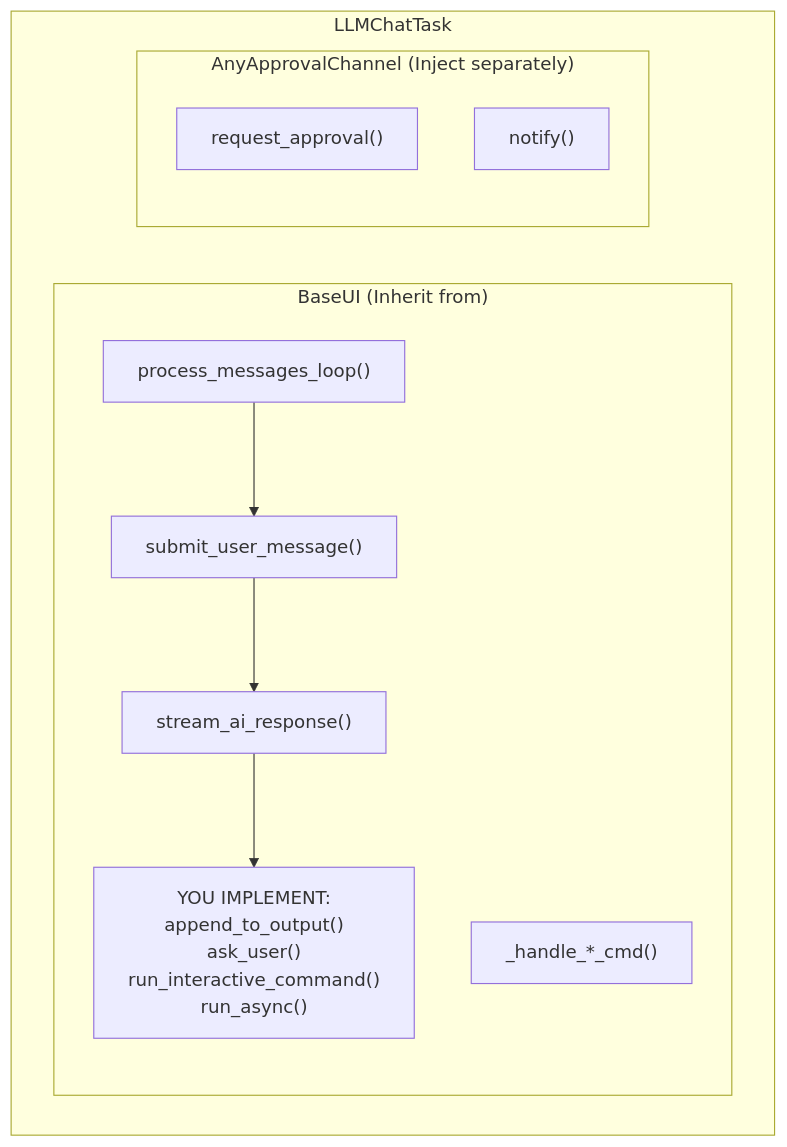
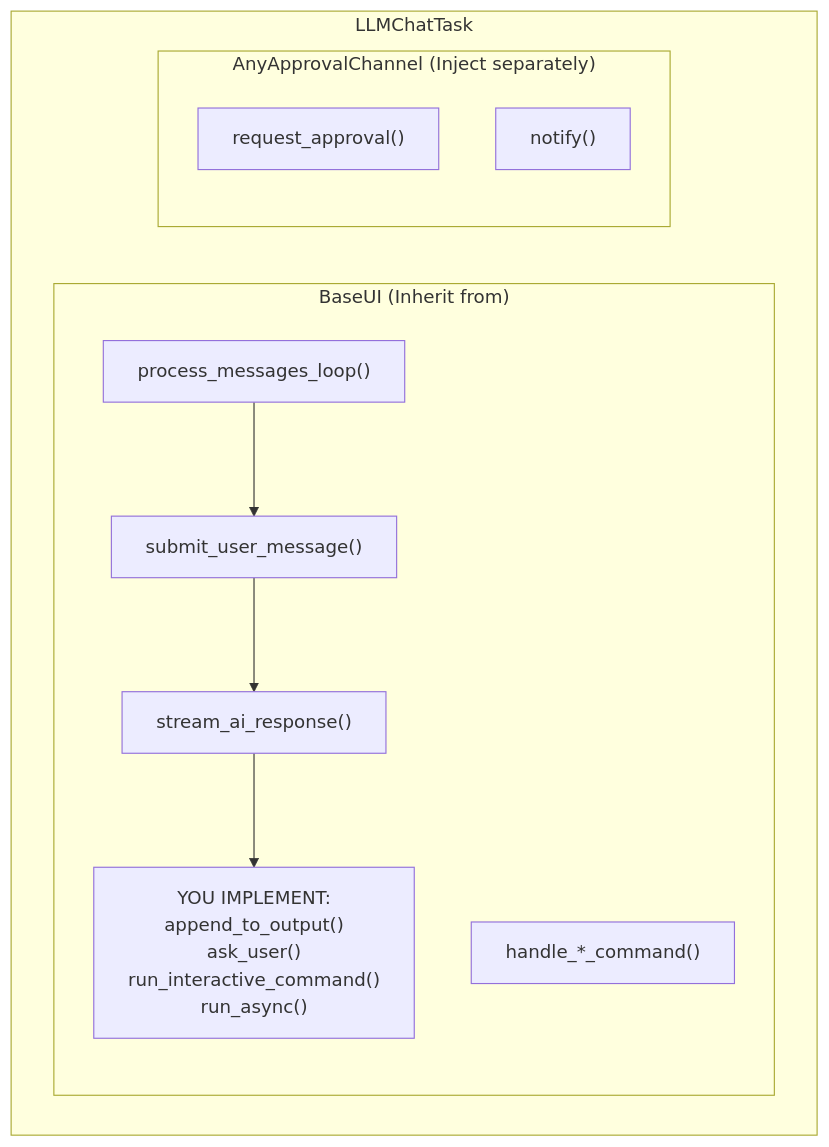
The third of 3 diagrams in docs/llm/llm-custom-ui.md (state-alchemists/zrb), drawn with Mermaid before and after one commit. The commit also changed other lines of this file and 97 other files, not shown here.

````diff
--- a/docs/llm/llm-custom-ui.md
+++ b/docs/llm/llm-custom-ui.md
@@ -319,19 +325,19 @@
 ```mermaid
 flowchart TB
     subgraph LLMChatTask["LLMChatTask"]
         subgraph BaseUI["BaseUI (Inherit from)"]
             ProcLoop["process_messages_loop()"]
             Submit["submit_user_message()"]
             Stream["stream_ai_response()"]
-            Handle["_handle_*_cmd()"]
+            Handle["handle_*_command()"]
             Impl["YOU IMPLEMENT:\nappend_to_output()\nask_user()\nrun_interactive_command()\nrun_async()"]
         end
 
         subgraph ApprovalChannel["AnyApprovalChannel (Inject separately)"]
             Request["request_approval()"]
             Notify["notify()"]
         end
 
         ProcLoop --> Submit --> Stream --> Impl
     end
 ```
````
